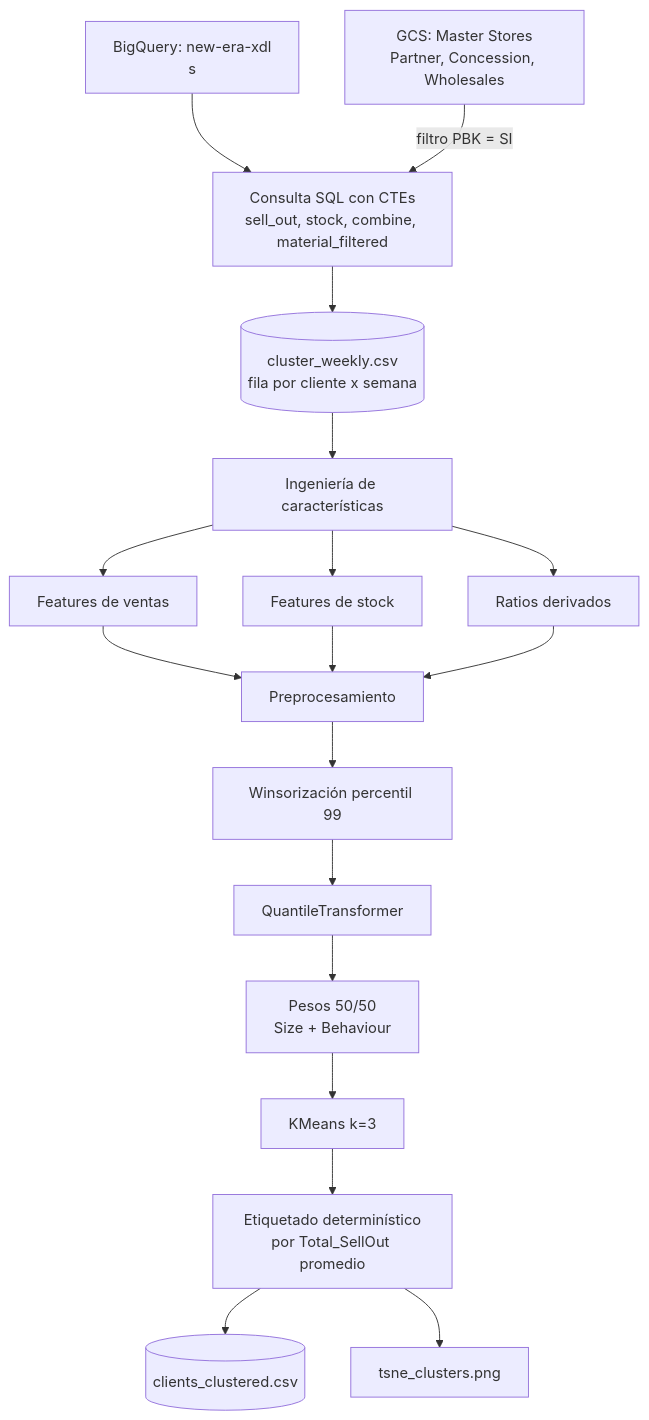
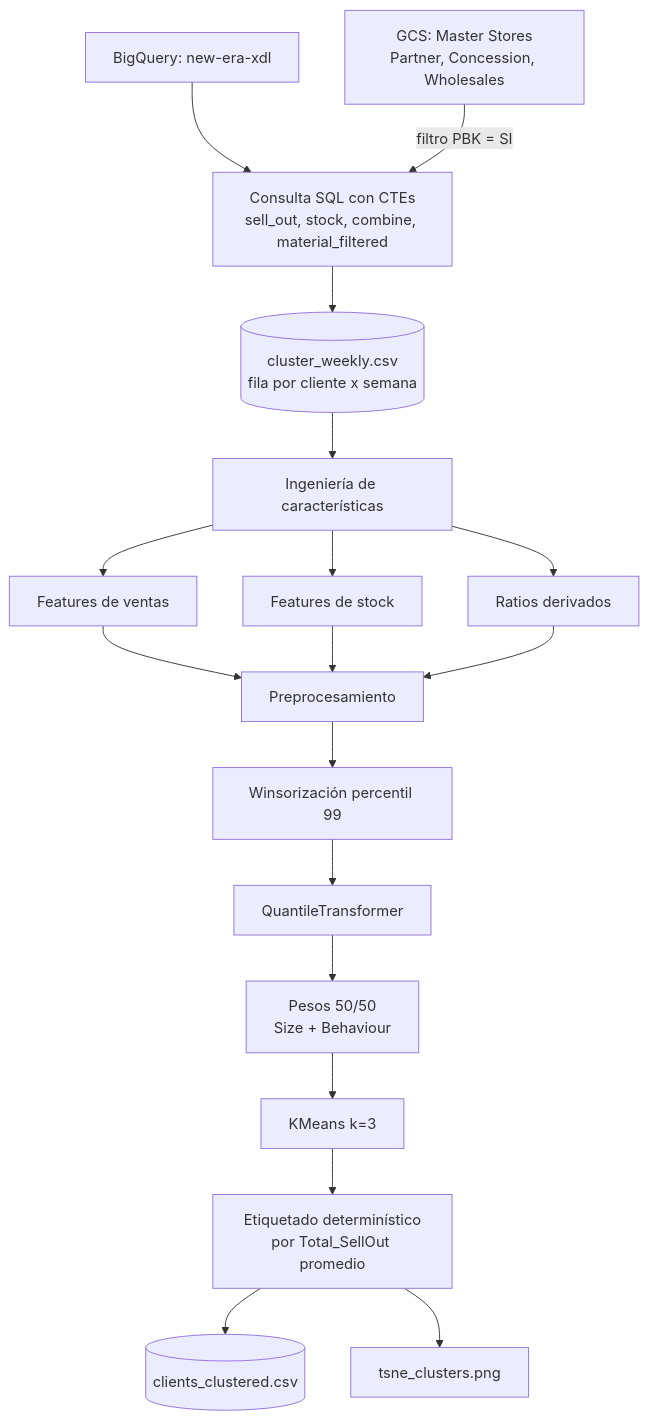
Before and after one commit to CarolinaNPA/kdrama-recommender: the diagram in README.md, drawn with Mermaid.

````diff
--- a/README.md
+++ b/README.md
@@ -21,20 +21,20 @@
 ```mermaid
 flowchart TD
-    A[BigQuery: new-era-xdl<br/>s<datos semanales de sell_out, stock, master_material] --> B[Consulta SQL con CTEs<br/>sell_out, stock, combine, material_filtered]
+    A[BigQuery: new-era-xdl<br/><datos semanales de sell_out, stock, master_material] --> B[Consulta SQL con CTEs<br/>sell_out, stock, combine, material_filtered]
     C[GCS: Master Stores<br/>Partner, Concession, Wholesales] -->|filtro PBK = SI| B
     B --> D[(cluster_weekly.csv<br/>fila por cliente x semana)]
     D --> E[Ingeniería de características]
     E --> E1[Features de ventas]
     E --> E2[Features de stock]
     E --> E3[Ratios derivados]
     E1 --> F[Preprocesamiento]
     E2 --> F
     E3 --> F
     F --> F1[Winsorización percentil 99]
     F1 --> F2[QuantileTransformer]
     F2 --> F3[Pesos 50/50<br/>Size + Behaviour]
     F3 --> G[KMeans k=3]
     G --> H[Etiquetado determinístico<br/>por Total_SellOut promedio]
     H --> I1[(clients_clustered.csv)]
     H --> I2[tsne_clusters.png]
 ```
````
